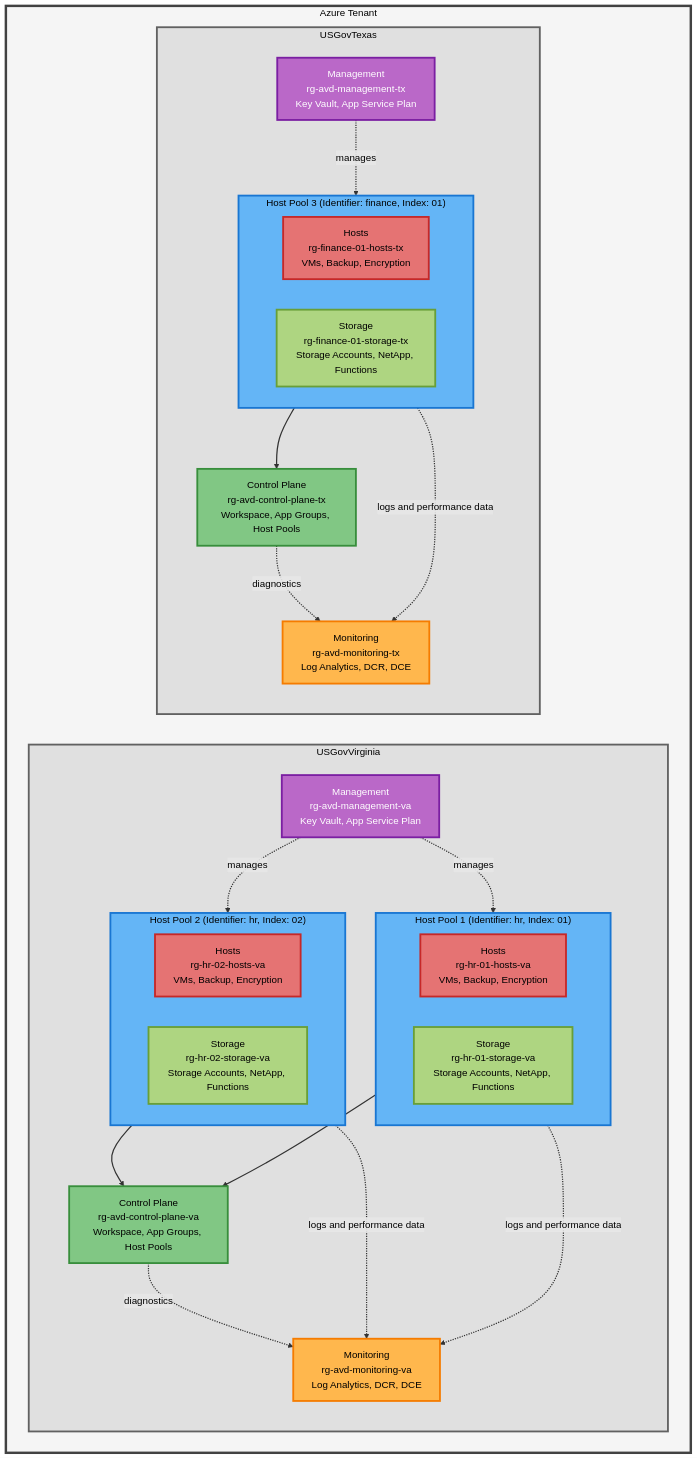
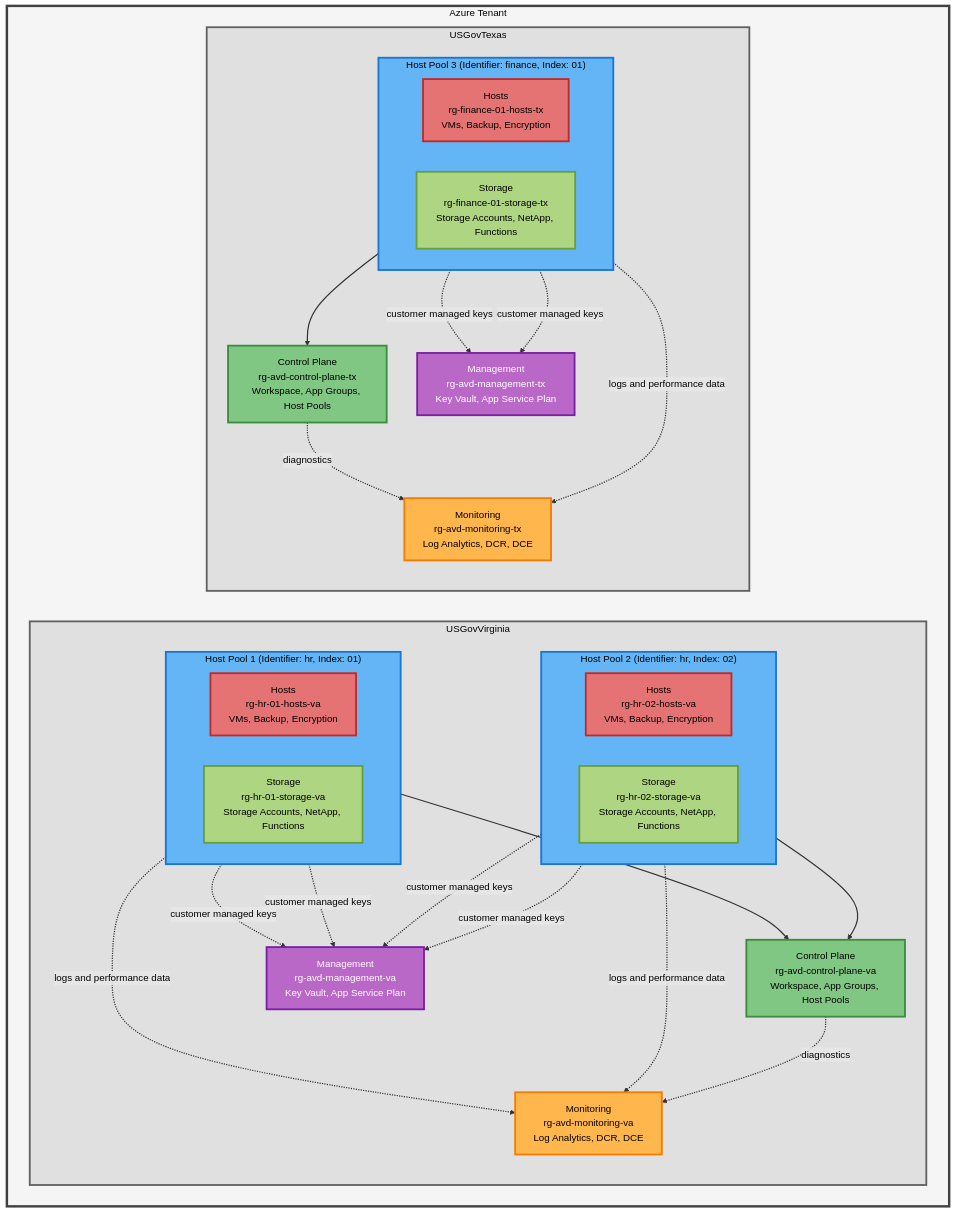
The diagram in docs/design.md (Azure/FederalAVD), drawn with Mermaid before and after one commit.

````diff
--- a/docs/design.md
+++ b/docs/design.md
@@ -17,75 +17,78 @@
 ```mermaid
 graph TB
     subgraph Tenant["Azure Tenant"]
         
         subgraph Region1["USGovVirginia<br/>"]
             direction TB
             MON1[Monitoring<br/>rg-avd-monitoring-va<br/>Log Analytics, DCR, DCE]
             MGT1[Management<br/>rg-avd-management-va<br/>Key Vault, App Service Plan]
             CP1[Control Plane<br/>rg-avd-control-plane-va<br/>Workspace, App Groups, Host Pools]
             
             subgraph HP1["Host Pool 1 (Identifier: hr, Index: 01)"]
                 direction LR
                 HOSTS1[Hosts<br/>rg-hr-01-hosts-va<br/>VMs, Backup, Encryption]
                 STORAGE1[Storage<br/>rg-hr-01-storage-va<br/>Storage Accounts, NetApp, Functions]
             end
             
             subgraph HP2["Host Pool 2 (Identifier: hr, Index: 02)"]
                 direction LR
                 HOSTS2[Hosts<br/>rg-hr-02-hosts-va<br/>VMs, Backup, Encryption]
                 STORAGE2[Storage<br/>rg-hr-02-storage-va<br/>Storage Accounts, NetApp, Functions]
             end
             
             HP1 --> CP1
             HP2 --> CP1
             CP1 -.diagnostics.-> MON1
             HOSTS1 -.logs and performance data.-> MON1
             HOSTS2 -.logs and performance data.-> MON1
-            MGT1 -.manages.-> HP1
-            MGT1 -.manages.-> HP2
+            HOSTS1 -.customer managed keys.-> MGT1
+            HOSTS2 -.customer managed keys.-> MGT1
+            STORAGE1 -.customer managed keys.-> MGT1
+            STORAGE2 -.customer managed keys.-> MGT1
         end
         
         subgraph Region2["USGovTexas<br/>"]
             direction TB
             MON2[Monitoring<br/>rg-avd-monitoring-tx<br/>Log Analytics, DCR, DCE]
             MGT2[Management<br/>rg-avd-management-tx<br/>Key Vault, App Service Plan]
             CP2[Control Plane<br/>rg-avd-control-plane-tx<br/>Workspace, App Groups, Host Pools]
             
             subgraph HP3["Host Pool 3 (Identifier: finance, Index: 01)"]
                 direction LR
                 HOSTS3[Hosts<br/>rg-finance-01-hosts-tx<br/>VMs, Backup, Encryption]
                 STORAGE3[Storage<br/>rg-finance-01-storage-tx<br/>Storage Accounts, NetApp, Functions]
             end
             
             HP3 --> CP2
             CP2 -.diagnostics.-> MON2
             HOSTS3 -.logs and performance data.-> MON2
-            MGT2 -.manages.-> HP3
+            HOSTS3 -.customer managed keys.-> MGT2
+            STORAGE3 -.customer managed keys.-> MGT2
         end
     end
     
     %% Define styles for different resource group types
     classDef globalFeed fill:#4fc3f7,stroke:#0288d1,stroke-width:3px,color:#000
     classDef monitoring fill:#ffb74d,stroke:#f57c00,stroke-width:3px,color:#000
     classDef management fill:#ba68c8,stroke:#7b1fa2,stroke-width:3px,color:#fff
     classDef controlPlane fill:#81c784,stroke:#388e3c,stroke-width:3px,color:#000
     classDef hosts fill:#e57373,stroke:#c62828,stroke-width:3px,color:#000
     classDef storage fill:#aed581,stroke:#689f38,stroke-width:3px,color:#000
     classDef hostPool fill:#64b5f6,stroke:#1976d2,stroke-width:3px,color:#000
     classDef region fill:#e0e0e0,stroke:#616161,stroke-width:3px,color:#000
     classDef tenant fill:#f5f5f5,stroke:#424242,stroke-width:4px,color:#000
     
     %% Apply styles to nodes
     class GF globalFeed
     class MON1,MON2 monitoring
     class MGT1,MGT2 management
     class CP1,CP2 controlPlane
     class HOSTS1,HOSTS2,HOSTS3 hosts
     class STORAGE1,STORAGE2,STORAGE3 storage
     class HP1,HP2,HP3 hostPool
     class Region1,Region2 region
     class Tenant tenant
     
     %% Style connectors - make them darker and more visible
     linkStyle default stroke:#333,stroke-width:2px,color:#000
 ```
````
